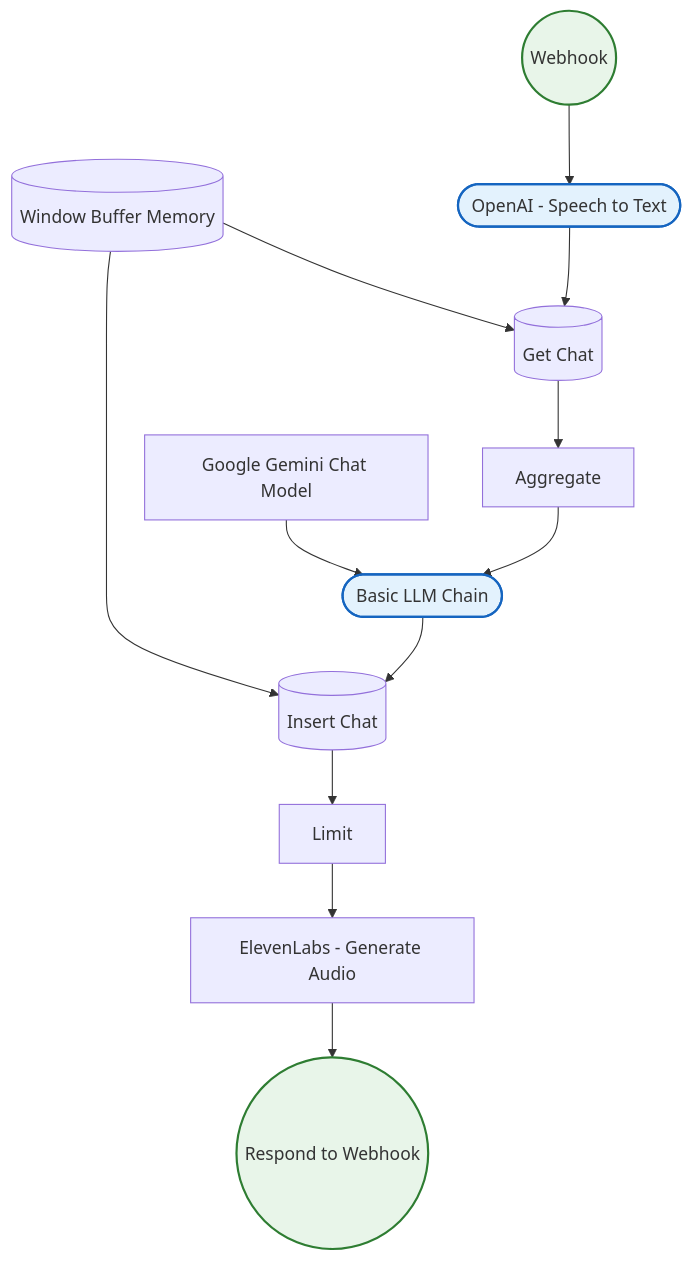
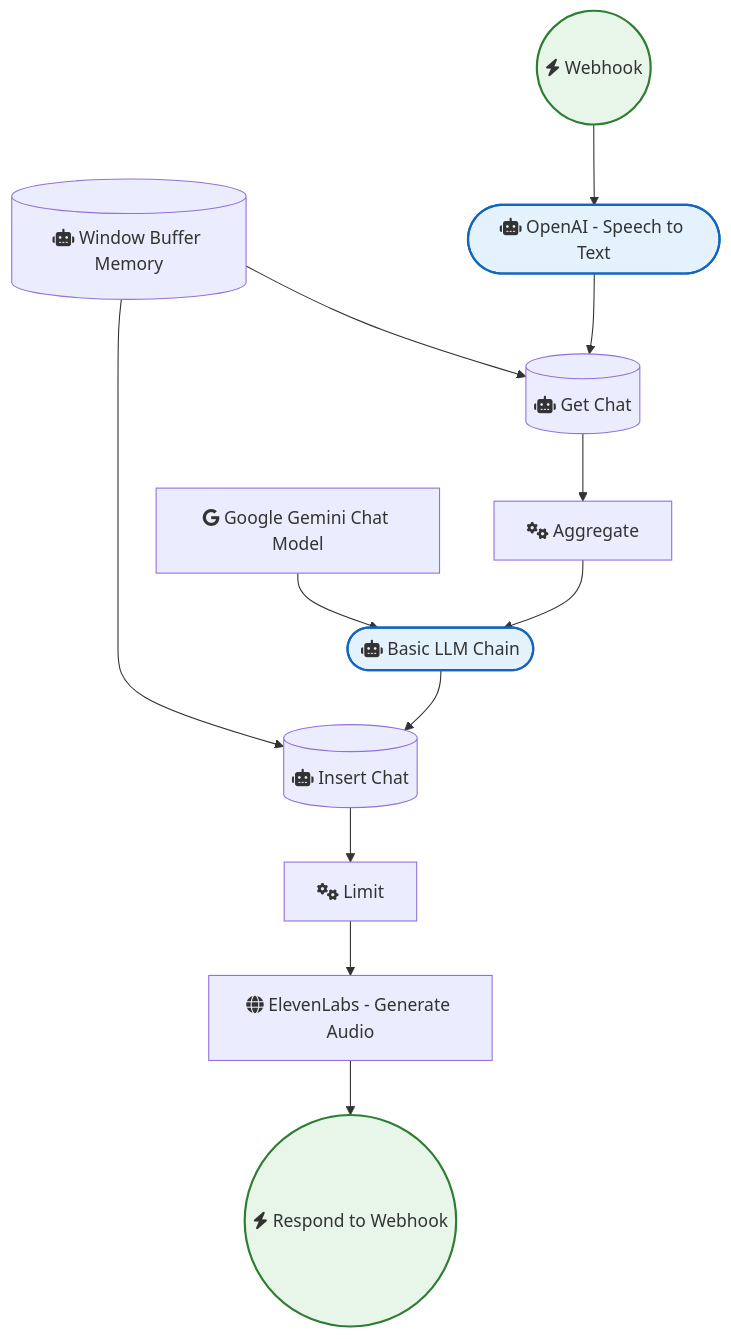
The diagram in OpenAI_and_LLMs/Ai Voice Chat Using Webhook Memory Manager Openai Google Gemini & Elevenlabs.md (sreyash3105/N8N-DEMO-AUTOMATIONS), drawn with Mermaid before and after one commit. The commit also changed 291 other files, not shown here.

````diff
--- a/OpenAI_and_LLMs/Ai Voice Chat Using Webhook Memory Manager Openai Google Gemini & Elevenlabs.md
+++ b/OpenAI_and_LLMs/Ai Voice Chat Using Webhook Memory Manager Openai Google Gemini & Elevenlabs.md
@@ -1,30 +1,30 @@
 ```mermaid
 graph TD
     classDef trigger fill:#e8f5e9,stroke:#2e7d32,stroke-width:2px;
     classDef ai fill:#e3f2fd,stroke:#1565c0,stroke-width:2px;
     classDef logic fill:#fff3e0,stroke:#ef6c00,stroke-width:2px;
 
-    Get_Chat[("Get Chat")]
-    Insert_Chat[("Insert Chat")]
-    Aggregate["Aggregate"]
-    Window_Buffer_Memory[("Window Buffer Memory")]
-    Google_Gemini_Chat_Model["Google Gemini Chat Model"]
-    Respond_to_Webhook(("Respond to Webhook")):::trigger
-    ElevenLabs___Generate_Audio["ElevenLabs - Generate Audio"]
-    Limit["Limit"]
-    Basic_LLM_Chain(["Basic LLM Chain"]):::ai
-    Webhook(("Webhook")):::trigger
-    OpenAI___Speech_to_Text(["OpenAI - Speech to Text"]):::ai
+    Get_Chat[("fas:fa-robot Get Chat")]
+    Insert_Chat[("fas:fa-robot Insert Chat")]
+    Aggregate["fas:fa-cogs Aggregate"]
+    Window_Buffer_Memory[("fas:fa-robot Window Buffer Memory")]
+    Google_Gemini_Chat_Model["fab:fa-google Google Gemini Chat Model"]
+    Respond_to_Webhook(("fas:fa-bolt Respond to Webhook")):::trigger
+    ElevenLabs___Generate_Audio["fas:fa-globe ElevenLabs - Generate Audio"]
+    Limit["fas:fa-cogs Limit"]
+    Basic_LLM_Chain(["fas:fa-robot Basic LLM Chain"]):::ai
+    Webhook(("fas:fa-bolt Webhook")):::trigger
+    OpenAI___Speech_to_Text(["fas:fa-robot OpenAI - Speech to Text"]):::ai
 
     Limit --> ElevenLabs___Generate_Audio
     Webhook --> OpenAI___Speech_to_Text
     Get_Chat --> Aggregate
     Aggregate --> Basic_LLM_Chain
     Insert_Chat --> Limit
     Basic_LLM_Chain --> Insert_Chat
     Window_Buffer_Memory --> Insert_Chat
     Window_Buffer_Memory --> Get_Chat
     OpenAI___Speech_to_Text --> Get_Chat
     Google_Gemini_Chat_Model --> Basic_LLM_Chain
     ElevenLabs___Generate_Audio --> Respond_to_Webhook
 ```
````
